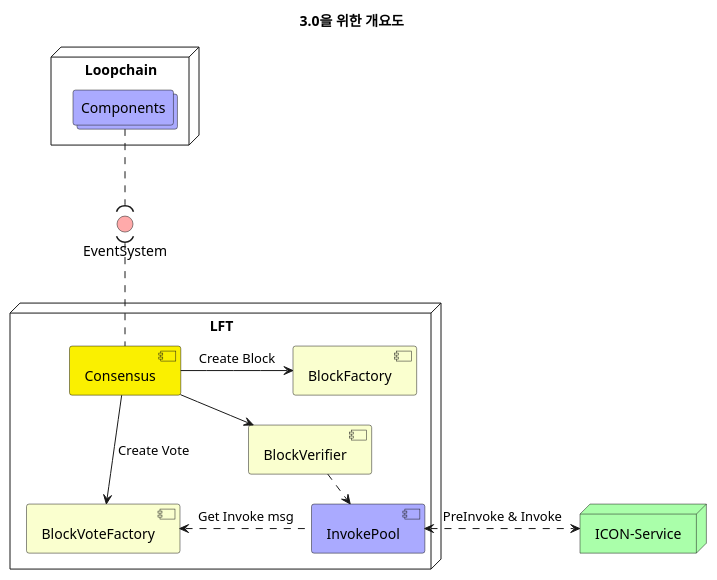
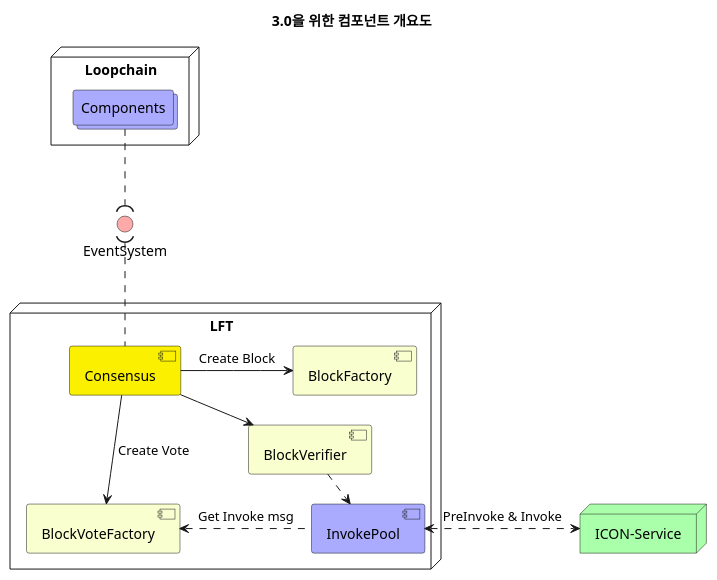
Before and after one commit to metalg0su/studies: the diagram in 3_0_minimum.puml, drawn with PlantUML.

Commit message:
title update

```diff
--- a/3_0_minimum.puml
+++ b/3_0_minimum.puml
@@ -1,30 +1,30 @@
 @startuml
-title 3.0을 위한 개요도
+title 3.0을 위한 컴포넌트 개요도
 
 ' Definition
 node Loopchain {
     collections Components as lc  #AAAAFF
 }
 () EventSystem as es #FFAAAA
 node LFT {
     [Consensus] as lft #FAF000
     [BlockFactory] as block_factory  #FAFFCF
     [BlockVoteFactory] as vote_factory  #FAFFCF
     [BlockVerifier] as block_verifier  #FAFFCF
     [InvokePool] as invoke_pool  #AAAAFF
 }
 node "ICON-Service" as is  #AAFFAA
 
 ' Relations
 lc ..( es
 es ).. lft
 
 lft --> vote_factory: Create Vote
 lft -> block_factory: Create Block
 lft -> block_verifier: Verify Block
 
 block_verifier .> invoke_pool: Call Invoke msg
 vote_factory <. invoke_pool: Get Invoke msg
 
 invoke_pool <.> is: PreInvoke & Invoke
 @enduml
```
